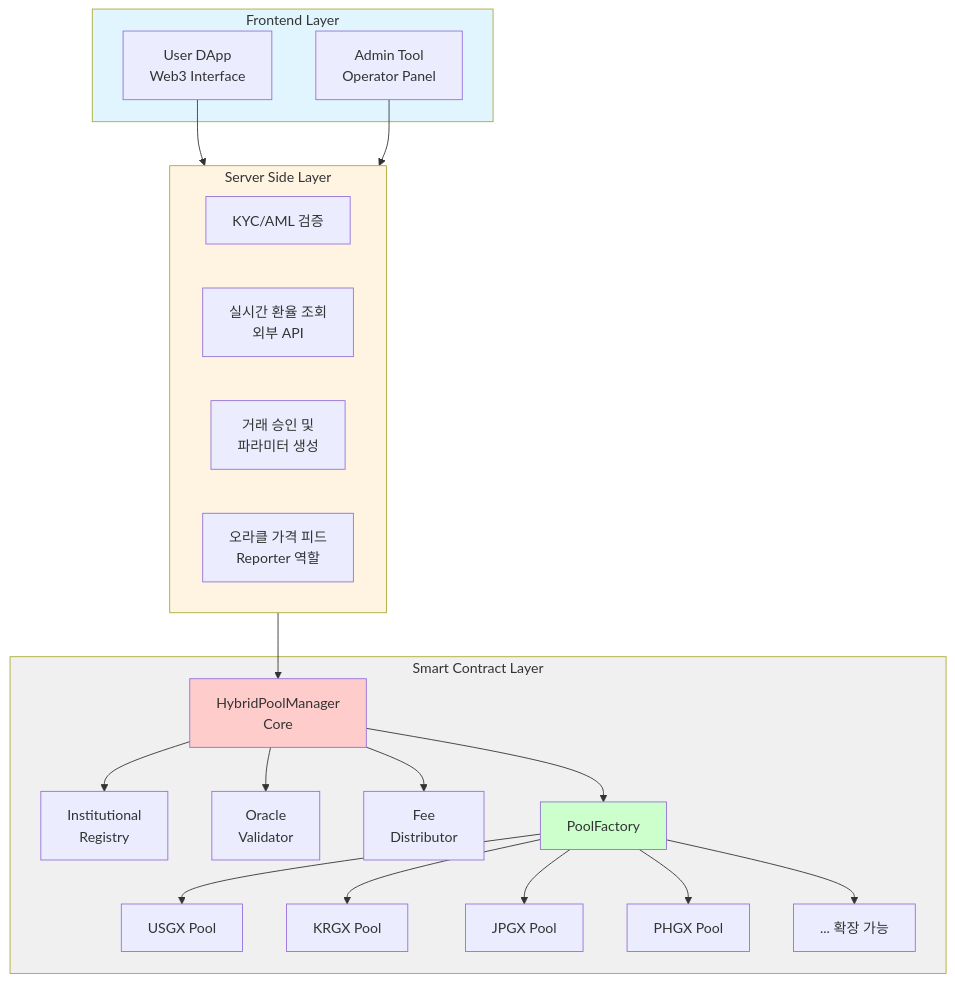
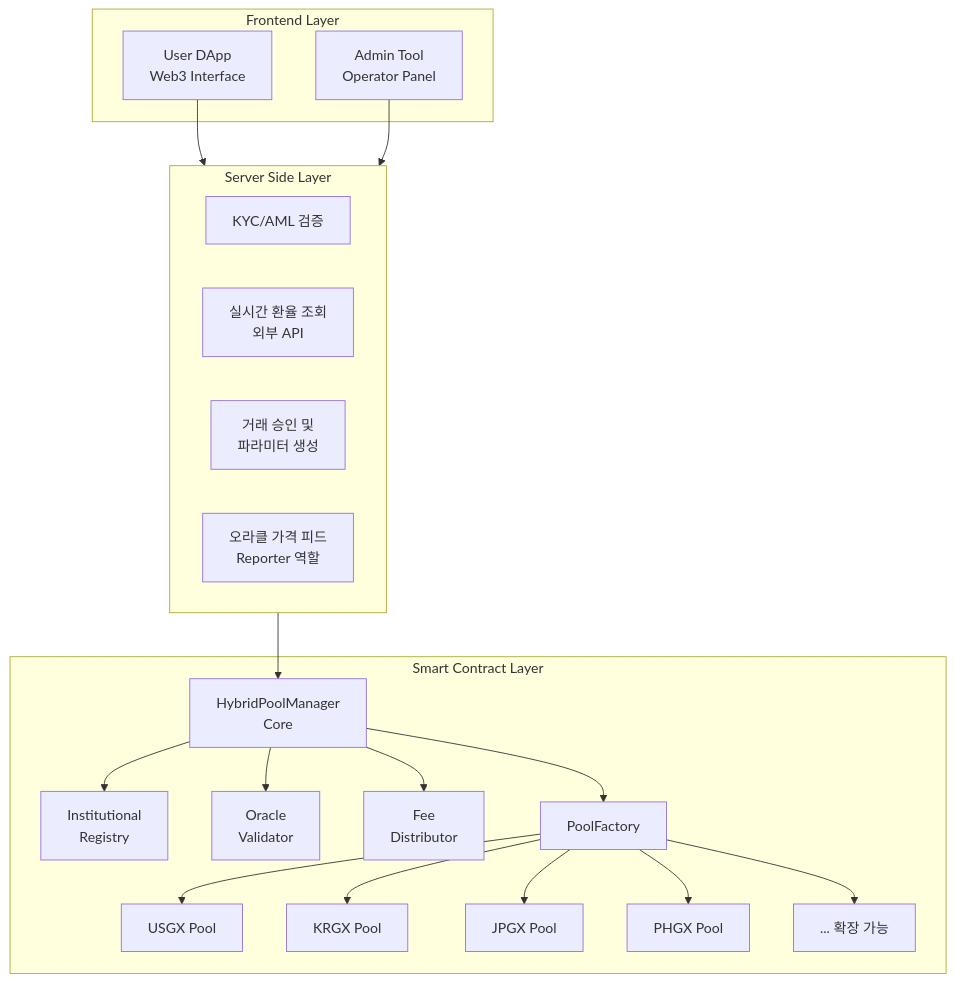
The first of 2 diagrams in gurudex/01_architecture_kr.md (fbtopg/gurufin-docs), drawn with Mermaid before and after one commit. The commit also changed other lines of this file and 18 other files, not shown here.

````diff
--- a/gurudex/01_architecture_kr.md
+++ b/gurudex/01_architecture_kr.md
@@ -17,49 +17,43 @@
 ```mermaid
 graph TD
     subgraph Frontend["Frontend Layer"]
         A1[User DApp<br/>Web3 Interface]
         A2[Admin Tool<br/>Operator Panel]
     end
     
     subgraph ServerSide["Server Side Layer"]
         B1[KYC/AML 검증]
         B2[실시간 환율 조회<br/>외부 API]
         B3[거래 승인 및<br/>파라미터 생성]
         B4[오라클 가격 피드<br/>Reporter 역할]
     end
     
     subgraph SmartContract["Smart Contract Layer"]
         C1[HybridPoolManager<br/>Core]
         C2[Institutional<br/>Registry]
         C3[Oracle<br/>Validator]
         C4[Fee<br/>Distributor]
         C5[PoolFactory]
         C6[USGX Pool]
         C7[KRGX Pool]
         C8[JPGX Pool]
         C9[PHGX Pool]
         C10[... 확장 가능]
     end
     
     A1 --> ServerSide
     A2 --> ServerSide
     
     ServerSide --> C1
     
     C1 --> C2
     C1 --> C3
     C1 --> C4
     C1 --> C5
     
     C5 --> C6
     C5 --> C7
     C5 --> C8
     C5 --> C9
     C5 --> C10
-    
-    style Frontend fill:#e1f5ff
-    style ServerSide fill:#fff4e1
-    style SmartContract fill:#f0f0f0
-    style C1 fill:#ffcccc
-    style C5 fill:#ccffcc
 ```
````
